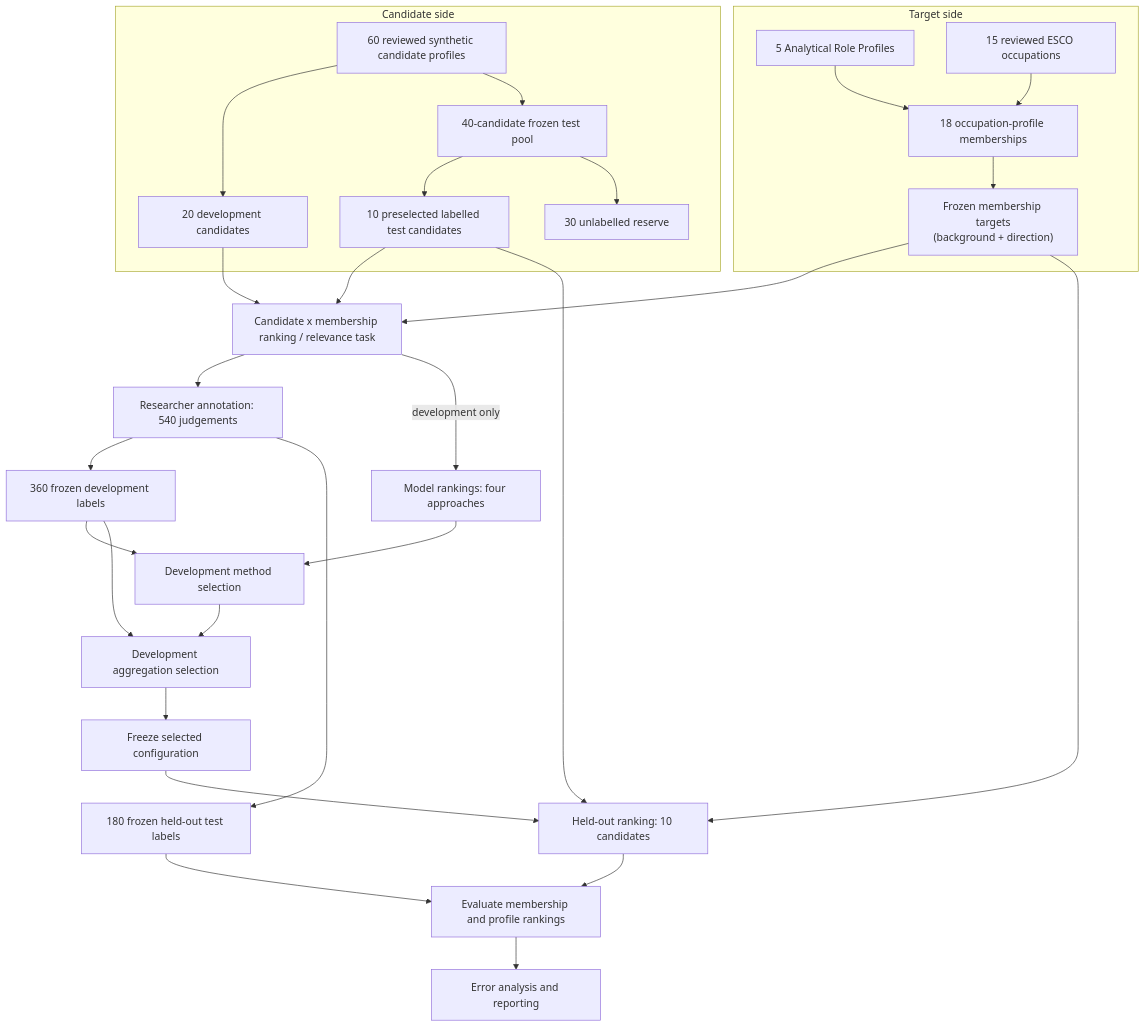
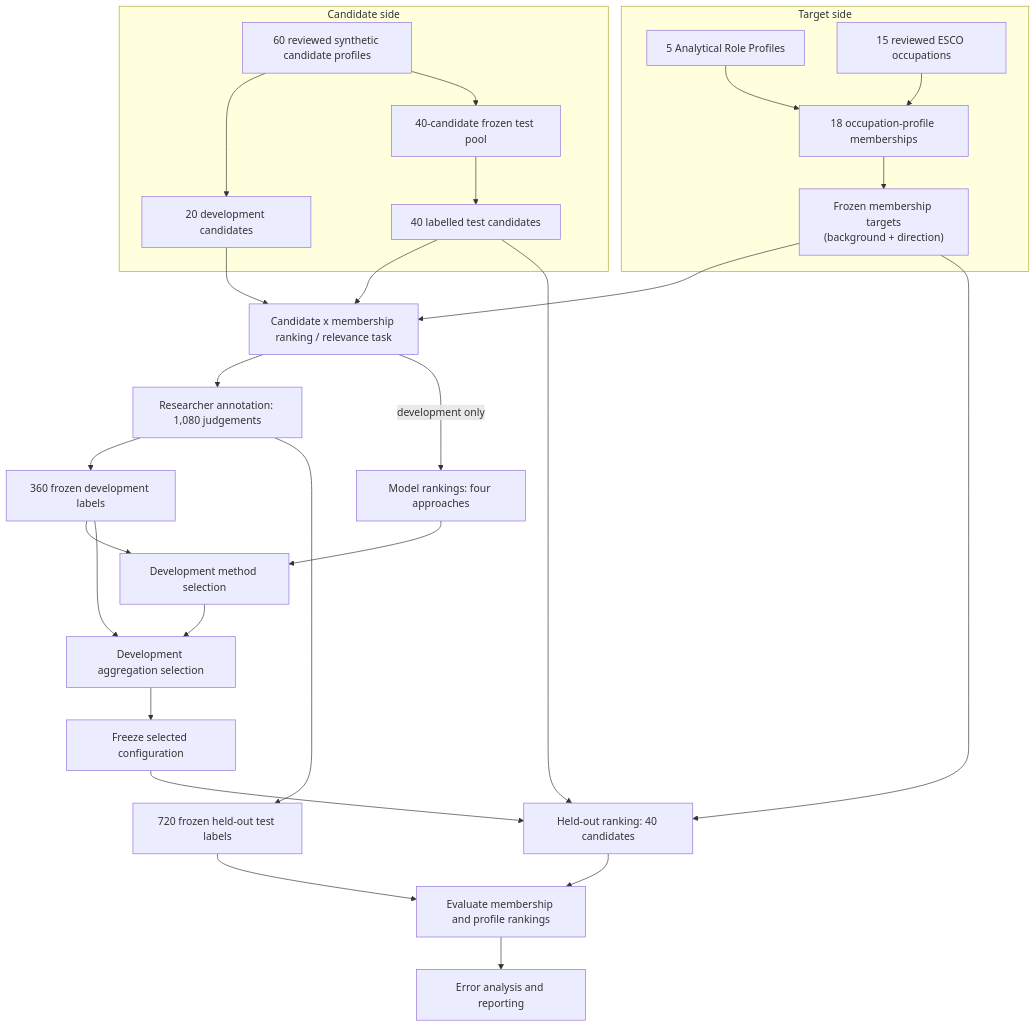
The second of 2 diagrams in README.md (813P/career-decision-support-system), drawn with Mermaid before and after one commit. The commit also changed other lines of this file and 48 other files, not shown here.

````diff
--- a/README.md
+++ b/README.md
@@ -64,32 +66,31 @@
 ```mermaid
 flowchart TB
     subgraph TARGET[Target side]
         RP[5 Analytical Role Profiles] --> M[18 occupation-profile memberships]
         ES[15 reviewed ESCO occupations] --> M
         M --> FT["Frozen membership targets<br/>(background + direction)"]
     end
     subgraph CANDIDATE[Candidate side]
         S[60 reviewed synthetic candidate profiles] --> D[20 development candidates]
         S --> T[40-candidate frozen test pool]
-        T --> H[10 preselected labelled test candidates]
-        T --> U[30 unlabelled reserve]
+        T --> H[40 labelled test candidates]
     end
     FT --> Q[Candidate x membership ranking / relevance task]
     D --> Q
     H --> Q
-    Q --> L[Researcher annotation: 540 judgements]
+    Q --> L[Researcher annotation: 1,080 judgements]
     L --> DL[360 frozen development labels]
-    L --> TL[180 frozen held-out test labels]
+    L --> TL[720 frozen held-out test labels]
     Q -->|development only| DR[Model rankings: four approaches]
     DR --> MS[Development method selection]
     DL --> MS
     MS --> AS[Development aggregation selection]
     DL --> AS
     AS --> F[Freeze selected configuration]
-    F --> P[Held-out ranking: 10 candidates]
+    F --> P[Held-out ranking: 40 candidates]
     H --> P
     FT --> P
     P --> V[Evaluate membership and profile rankings]
     TL --> V
     V --> R[Error analysis and reporting]
 ```
````
